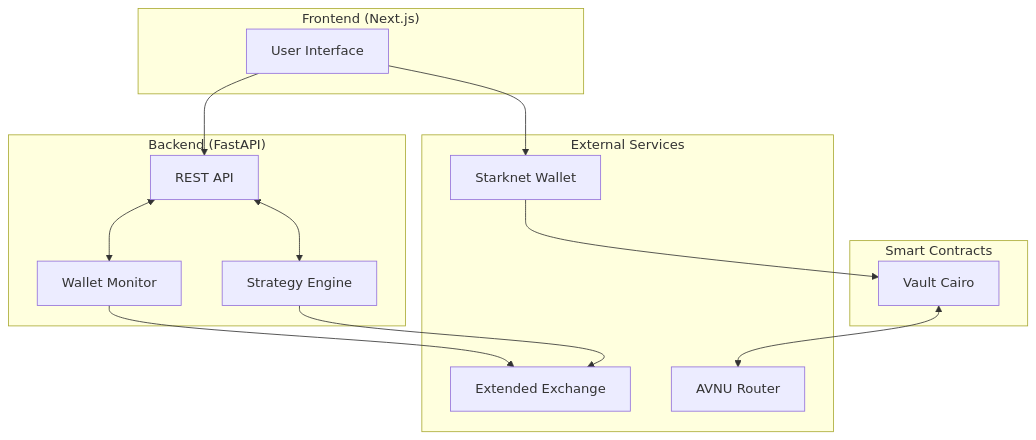
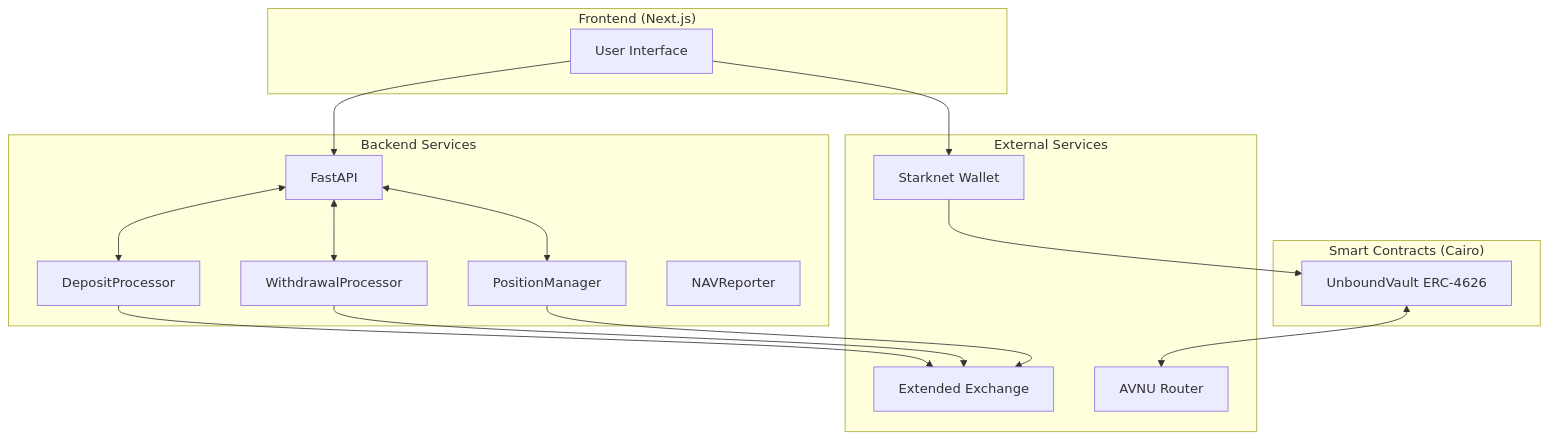
One commit to adrianvrj/unbound changed the diagram in docs/03-architecture.md. Above: the diagram before and after it, drawn with Mermaid. The commit also changed other lines of this file and 5 other files, not shown here.

````diff
--- a/docs/03-architecture.md
+++ b/docs/03-architecture.md
@@ -7,31 +7,35 @@
 ```mermaid
 flowchart TB
     subgraph Frontend["Frontend (Next.js)"]
         UI[User Interface]
     end
     
-    subgraph Backend["Backend (FastAPI)"]
-        API[REST API]
-        Strategy[Strategy Engine]
-        Monitor[Wallet Monitor]
+    subgraph Backend["Backend Services"]
+        API[FastAPI]
+        DP[DepositProcessor]
+        WP[WithdrawalProcessor]
+        PM[PositionManager]
+        NR[NAVReporter]
     end
     
-    subgraph Contracts["Smart Contracts"]
-        Vault[Vault Cairo]
+    subgraph Contracts["Smart Contracts (Cairo)"]
+        Vault[UnboundVault ERC-4626]
     end
     
     subgraph External["External Services"]
         Wallet[Starknet Wallet]
         Extended[Extended Exchange]
         AVNU[AVNU Router]
     end
     
     UI --> Wallet
     UI --> API
-    API <--> Strategy
-    API <--> Monitor
+    Wallet --> Vault
     Vault <--> AVNU
-    Monitor --> Extended
-    Strategy --> Extended
-    Wallet --> Vault
+    DP --> Extended
+    WP --> Extended
+    PM --> Extended
+    API <--> DP
+    API <--> WP
+    API <--> PM
 ```
````
